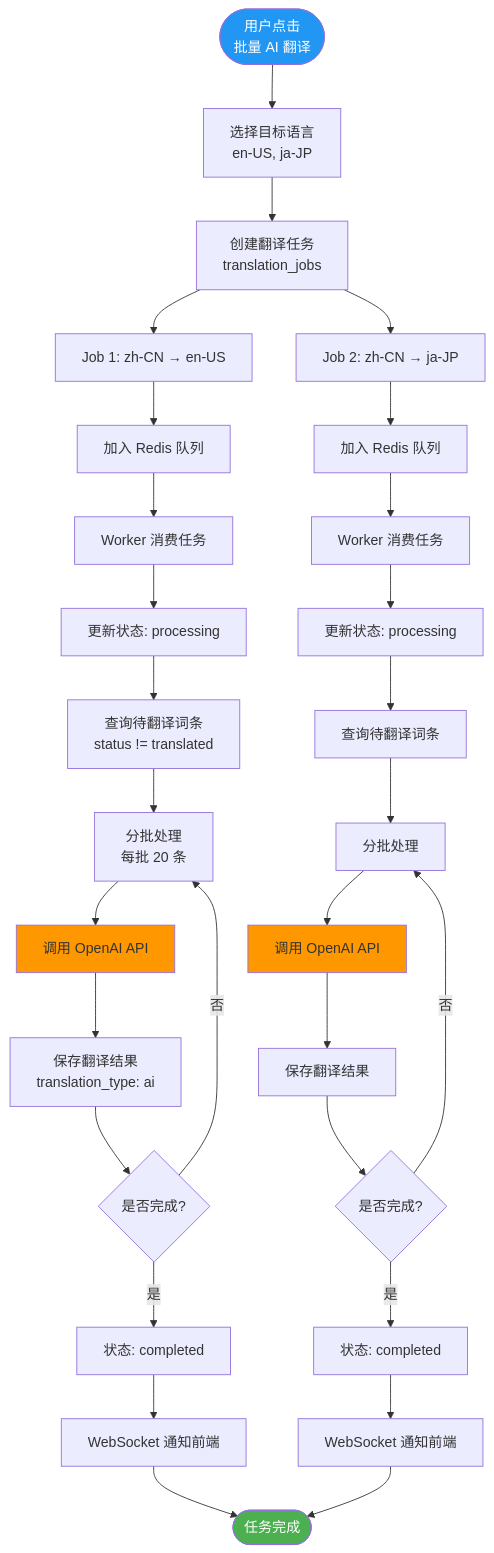
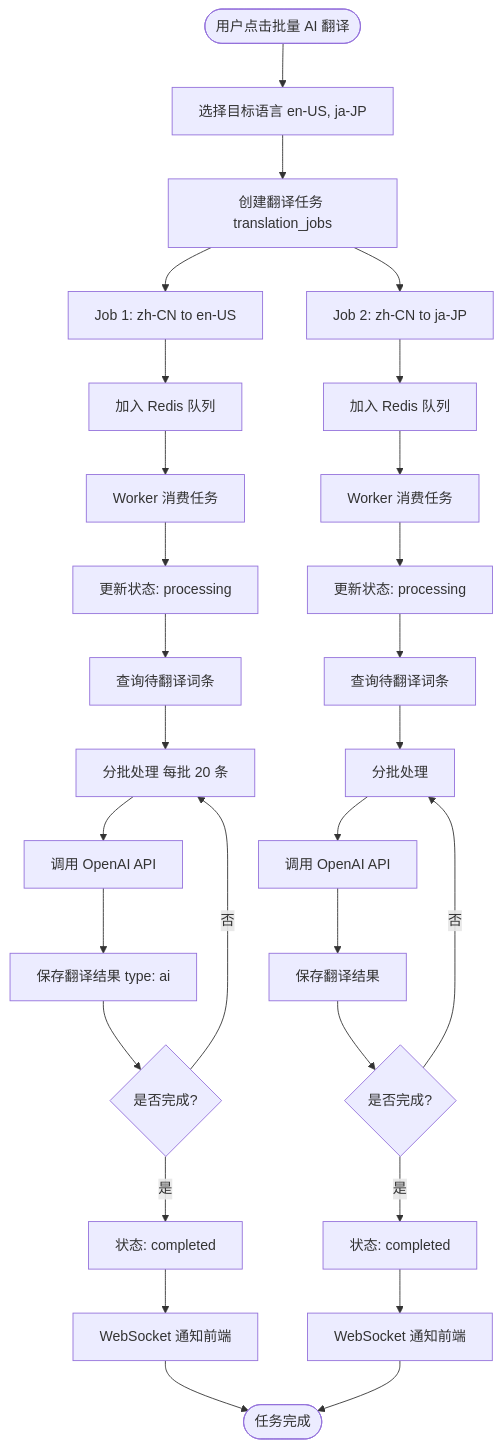
The seventh of 19 diagrams in workflows-diagrams.md (zhaotoday/translatex), drawn with Mermaid before and after one commit. The commit also changed other lines of this file and 5 other files, not shown here.

````diff
--- a/workflows-diagrams.md
+++ b/workflows-diagrams.md
@@ -207,49 +196,44 @@
 ```mermaid
 flowchart TD
-    Start([用户点击<br/>批量 AI 翻译]) --> SelectLocales[选择目标语言<br/>en-US, ja-JP]
-    SelectLocales --> CreateJobs[创建翻译任务<br/>translation_jobs]
+    Start([用户点击批量 AI 翻译]) --> SelectLocales[选择目标语言 en-US, ja-JP]
+    SelectLocales --> CreateJobs[创建翻译任务 translation_jobs]
     
-    CreateJobs --> Job1[Job 1: zh-CN → en-US]
-    CreateJobs --> Job2[Job 2: zh-CN → ja-JP]
+    CreateJobs --> Job1[Job 1: zh-CN to en-US]
+    CreateJobs --> Job2[Job 2: zh-CN to ja-JP]
     
     Job1 --> Queue1[加入 Redis 队列]
     Job2 --> Queue2[加入 Redis 队列]
     
     Queue1 --> Worker1[Worker 消费任务]
     Queue2 --> Worker2[Worker 消费任务]
     
     Worker1 --> UpdateStatus1[更新状态: processing]
     Worker2 --> UpdateStatus2[更新状态: processing]
     
-    UpdateStatus1 --> GetEntries1[查询待翻译词条<br/>status != translated]
+    UpdateStatus1 --> GetEntries1[查询待翻译词条]
     UpdateStatus2 --> GetEntries2[查询待翻译词条]
     
-    GetEntries1 --> Batch1[分批处理<br/>每批 20 条]
+    GetEntries1 --> Batch1[分批处理 每批 20 条]
     GetEntries2 --> Batch2[分批处理]
     
     Batch1 --> CallAI1[调用 OpenAI API]
     Batch2 --> CallAI2[调用 OpenAI API]
     
-    CallAI1 --> SaveResult1[保存翻译结果<br/>translation_type: ai]
+    CallAI1 --> SaveResult1[保存翻译结果 type: ai]
     CallAI2 --> SaveResult2[保存翻译结果]
     
     SaveResult1 --> CheckComplete1{是否完成?}
     SaveResult2 --> CheckComplete2{是否完成?}
     
     CheckComplete1 -->|否| Batch1
     CheckComplete1 -->|是| Complete1[状态: completed]
     
     CheckComplete2 -->|否| Batch2
     CheckComplete2 -->|是| Complete2[状态: completed]
     
     Complete1 --> Notify1[WebSocket 通知前端]
     Complete2 --> Notify2[WebSocket 通知前端]
     
     Notify1 --> End([任务完成])
     Notify2 --> End
-    
-    style Start fill:#2196F3,color:#fff
-    style End fill:#4CAF50,color:#fff
-    style CallAI1 fill:#FF9800
-    style CallAI2 fill:#FF9800
 ```
````
